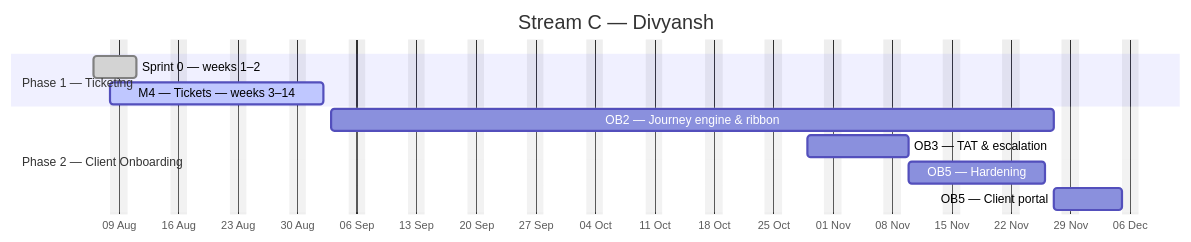
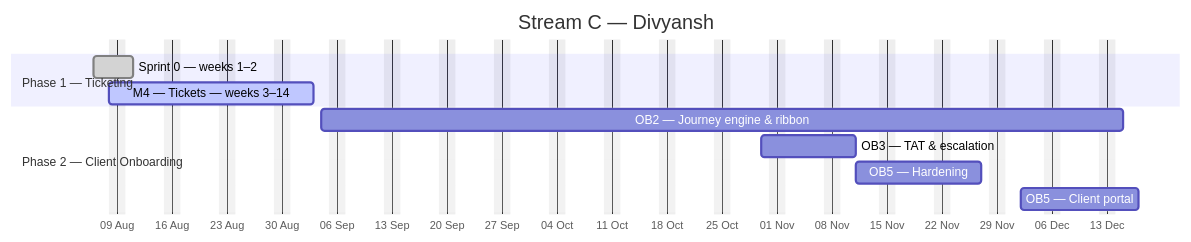
Before and after one commit to debashisedunext/EduTrack: the third of 4 diagrams in docs/plan/GANTT.md, drawn with Mermaid. The commit also changed other lines of this file and 7 other files, not shown here.

````diff
--- a/docs/plan/GANTT.md
+++ b/docs/plan/GANTT.md
@@ -183,15 +186,15 @@
 ```mermaid
 gantt
     dateFormat YYYY-MM-DD
     axisFormat %d %b
     title Stream C — Divyansh
     excludes weekends
     section Phase 1 — Ticketing
     Sprint 0 — weeks 1–2 :done, c0, 2026-08-06, 3d
-    M4 — Tickets — weeks 3–14 :active, c1, 2026-08-08, 18d
+    M4 — Tickets — weeks 3–14 :active, c1, 2026-08-08, 19d
     section Phase 2 — Client Onboarding
-    OB2 — Journey engine & ribbon :c2, 2026-09-03, 61d
-    OB3 — TAT & escalation :c3, 2026-10-29, 8d
-    OB5 — Hardening :c4, 2026-11-10, 12d
-    OB5 — Client portal :c5, 2026-11-27, 6d
+    OB2 — Journey engine & ribbon :c2, 2026-09-04, 72d
+    OB3 — TAT & escalation :c3, 2026-10-30, 8d
+    OB5 — Hardening :c4, 2026-11-11, 12d
+    OB5 — Client portal :c5, 2026-12-02, 11d
 ```
````
